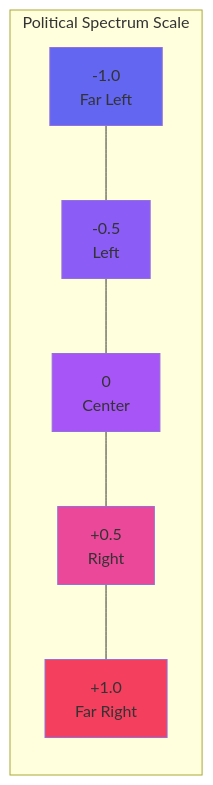
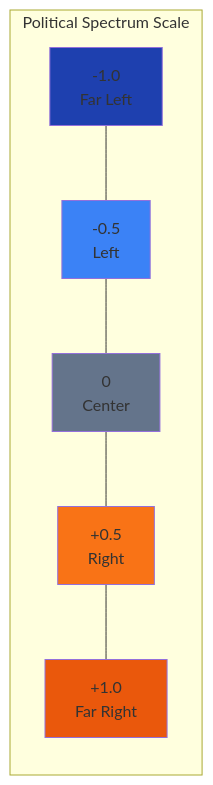
Before and after one commit to evanblasband/spectrum: the eighth of 10 diagrams in diagrams.md, drawn with Mermaid. The commit also changed 9 other files, not shown here.

Commit message:
add documentation viewer with Markdown support and Mermaid diagrams

````diff
--- a/diagrams.md
+++ b/diagrams.md
@@ -287,18 +287,18 @@
 ```mermaid
 flowchart LR
     subgraph Spectrum["Political Spectrum Scale"]
         FL["-1.0<br/>Far Left"]
         L["-0.5<br/>Left"]
         C["0<br/>Center"]
         R["+0.5<br/>Right"]
         FR["+1.0<br/>Far Right"]
     end
 
     FL --- L --- C --- R --- FR
 
-    style FL fill:#6366f1
-    style L fill:#8b5cf6
-    style C fill:#a855f7
-    style R fill:#ec4899
-    style FR fill:#f43f5e
+    style FL fill:#1e40af
+    style L fill:#3b82f6
+    style C fill:#64748b
+    style R fill:#f97316
+    style FR fill:#ea580c
 ```
````
